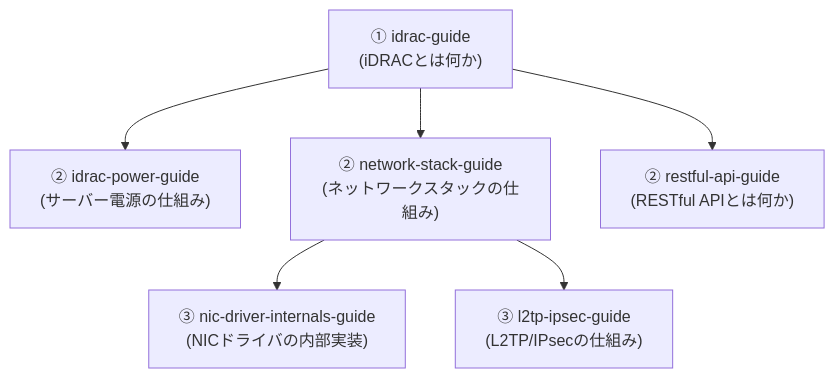
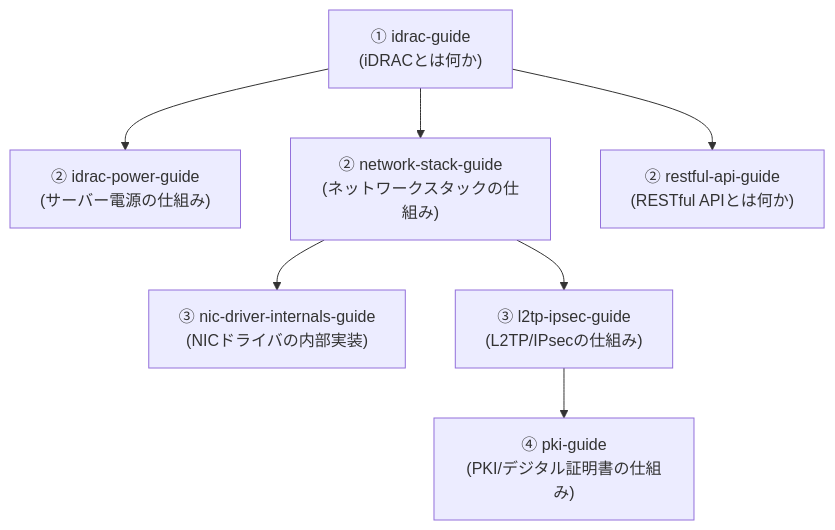
The diagram in src/pages/sitemap.md (koikoi1998/koikoi-blog-20260723), drawn with Mermaid before and after one commit. The commit also changed other lines of this file and 4 other files, not shown here.

````diff
--- a/src/pages/sitemap.md
+++ b/src/pages/sitemap.md
@@ -20,15 +20,17 @@
 ```mermaid
 graph TB
     Idrac["① idrac-guide<br/>(iDRACとは何か)"]
     Power["② idrac-power-guide<br/>(サーバー電源の仕組み)"]
     Net["② network-stack-guide<br/>(ネットワークスタックの仕組み)"]
     Api["② restful-api-guide<br/>(RESTful APIとは何か)"]
     Nic["③ nic-driver-internals-guide<br/>(NICドライバの内部実装)"]
     L2tp["③ l2tp-ipsec-guide<br/>(L2TP/IPsecの仕組み)"]
+    Pki["④ pki-guide<br/>(PKI/デジタル証明書の仕組み)"]
 
     Idrac --> Power
     Idrac --> Net
     Idrac --> Api
     Net --> Nic
     Net --> L2tp
+    L2tp --> Pki
 ```
````
